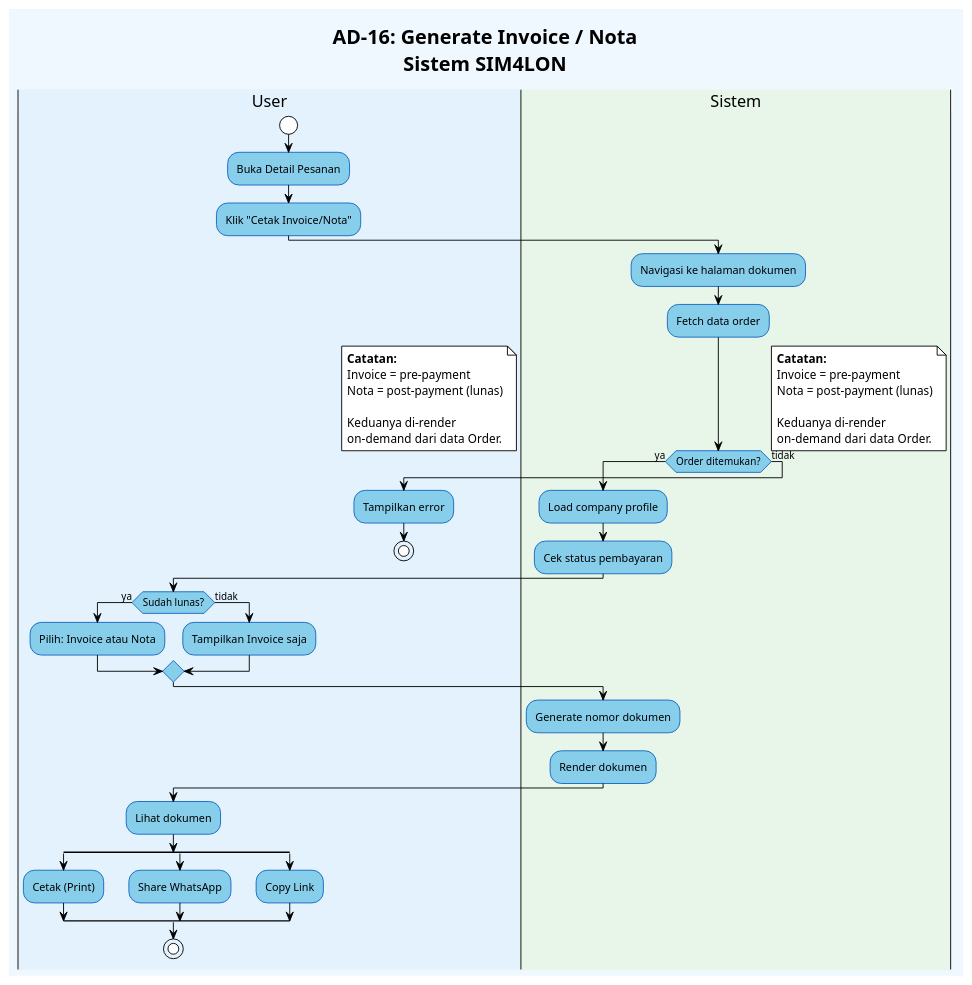
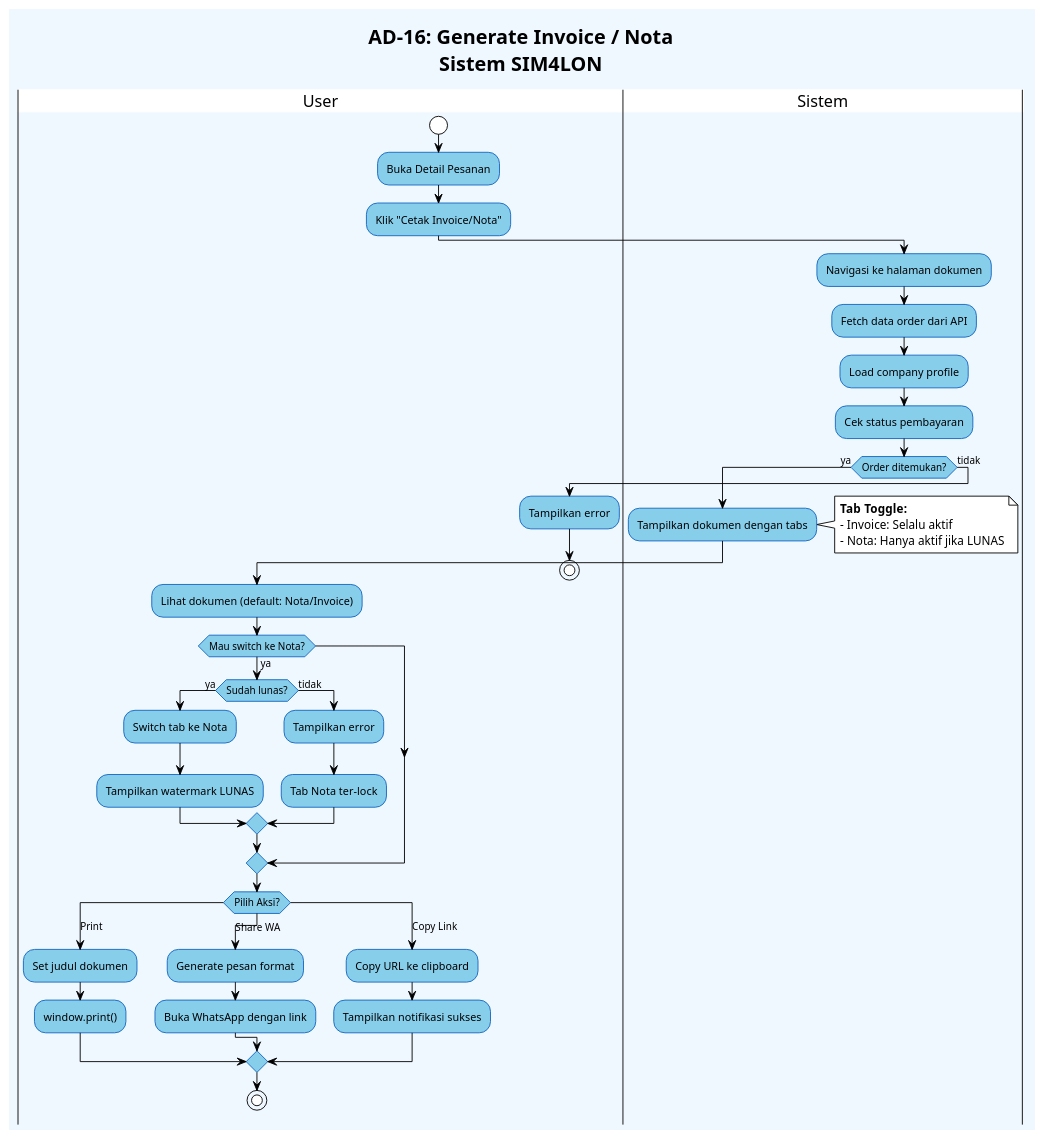
One commit to xinnxz/sim4lon changed the diagram in diagrams/AD_16_GenerateInvoice.puml. Above: the diagram before and after it, drawn with PlantUML. The commit also changed 18 other files, not shown here.

```diff
--- a/diagrams/AD_16_GenerateInvoice.puml
+++ b/diagrams/AD_16_GenerateInvoice.puml
@@ -1,63 +1,62 @@
 @startuml AD_16_GenerateInvoice
 !theme plain
 skinparam backgroundColor #f0f8ff
 skinparam ActivityBackgroundColor #87CEEB
 skinparam ActivityBorderColor #1565c0
-skinparam PartitionBackgroundColor #e3f2fd
-skinparam PartitionBorderColor #1565c0
 
 title **AD-16: Generate Invoice / Nota**\nSistem SIM4LON
 
-|#e3f2fd|User|
+|User|
 start
 :Buka Detail Pesanan;
 :Klik "Cetak Invoice/Nota";
 
-|#e8f5e9|Sistem|
+|Sistem|
 :Navigasi ke halaman dokumen;
-:Fetch data order;
+:Fetch data order dari API;
+:Load company profile;
+:Cek status pembayaran;
 
 if (Order ditemukan?) then (ya)
-    :Load company profile;
-    :Cek status pembayaran;
+    :Tampilkan dokumen dengan tabs;
+    
+    note right
+      **Tab Toggle:**
+      - Invoice: Selalu aktif
+      - Nota: Hanya aktif jika LUNAS
+    end note
     
     |User|
-    if (Sudah lunas?) then (ya)
-        :Pilih: Invoice atau Nota;
-    else (tidak)
-        :Tampilkan Invoice saja;
+    :Lihat dokumen (default: Nota/Invoice);
+    
+    if (Mau switch ke Nota?) then (ya)
+        if (Sudah lunas?) then (ya)
+            :Switch tab ke Nota;
+            :Tampilkan watermark LUNAS;
+        else (tidak)
+            :Tampilkan error;
+            :Tab Nota ter-lock;
+        endif
     endif
     
-    |Sistem|
-    :Generate nomor dokumen;
-    :Render dokumen;
-    
-    |User|
-    :Lihat dokumen;
-    
-    split
-        :Cetak (Print);
-    split again
-        :Share WhatsApp;
-    split again
-        :Copy Link;
-    end split
+    switch (Pilih Aksi?)
+    case (Print)
+        :Set judul dokumen;
+        :window.print();
+    case (Share WA)
+        :Generate pesan format;
+        :Buka WhatsApp dengan link;
+    case (Copy Link)
+        :Copy URL ke clipboard;
+        :Tampilkan notifikasi sukses;
+    endswitch
     
     stop
     
 else (tidak)
     |User|
     :Tampilkan error;
     stop
 endif
 
-note right
-  **Catatan:**
-  Invoice = pre-payment
-  Nota = post-payment (lunas)
-  
-  Keduanya di-render
-  on-demand dari data Order.
-end note
-
 @enduml
```
